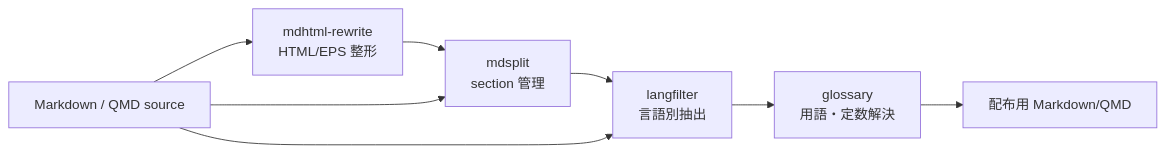
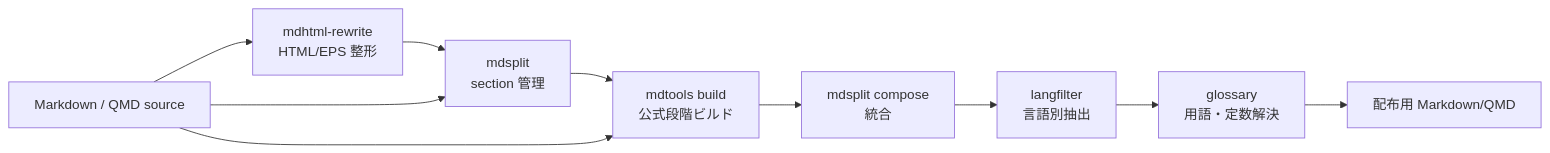
The first of 2 diagrams in README.md (fischerimapig/mdtools), drawn with Mermaid before and after one commit. The commit also changed other lines of this file and 28 other files, not shown here.

````diff
--- a/README.md
+++ b/README.md
@@ -12,13 +13,15 @@
 ```mermaid
 flowchart LR
     source["Markdown / QMD source"]
     rewrite["mdhtml-rewrite<br/>HTML/EPS 整形"]
     split["mdsplit<br/>section 管理"]
+    build["mdtools build<br/>公式段階ビルド"]
+    compose["mdsplit compose<br/>統合"]
     filter["langfilter<br/>言語別抽出"]
     glossary["glossary<br/>用語・定数解決"]
     output["配布用 Markdown/QMD"]
 
-    source --> rewrite --> split --> filter --> glossary --> output
+    source --> rewrite --> split --> build --> compose --> filter --> glossary --> output
     source --> split
-    source --> filter
+    source --> build
 ```
````
